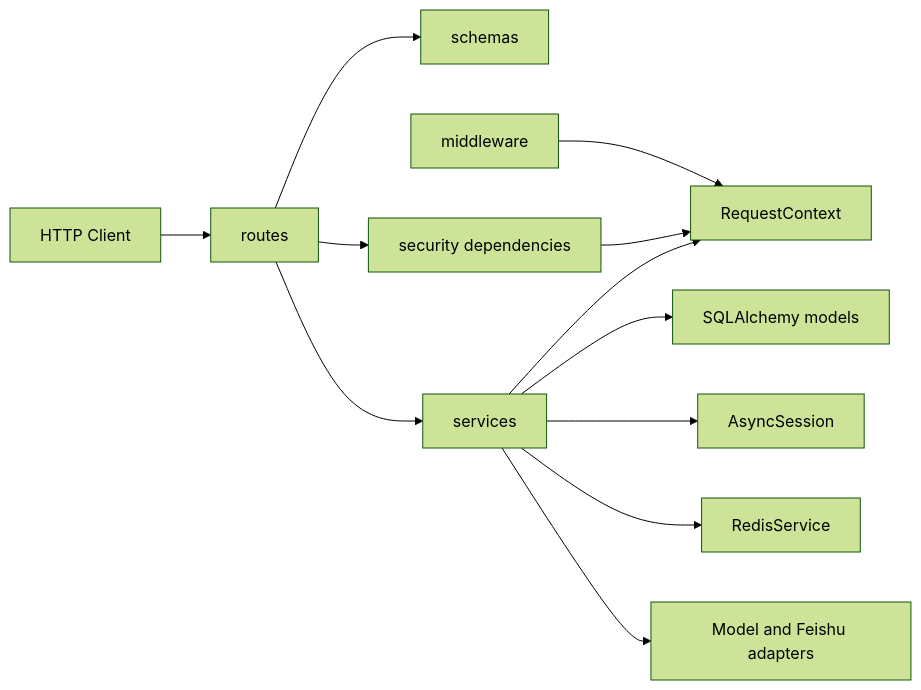
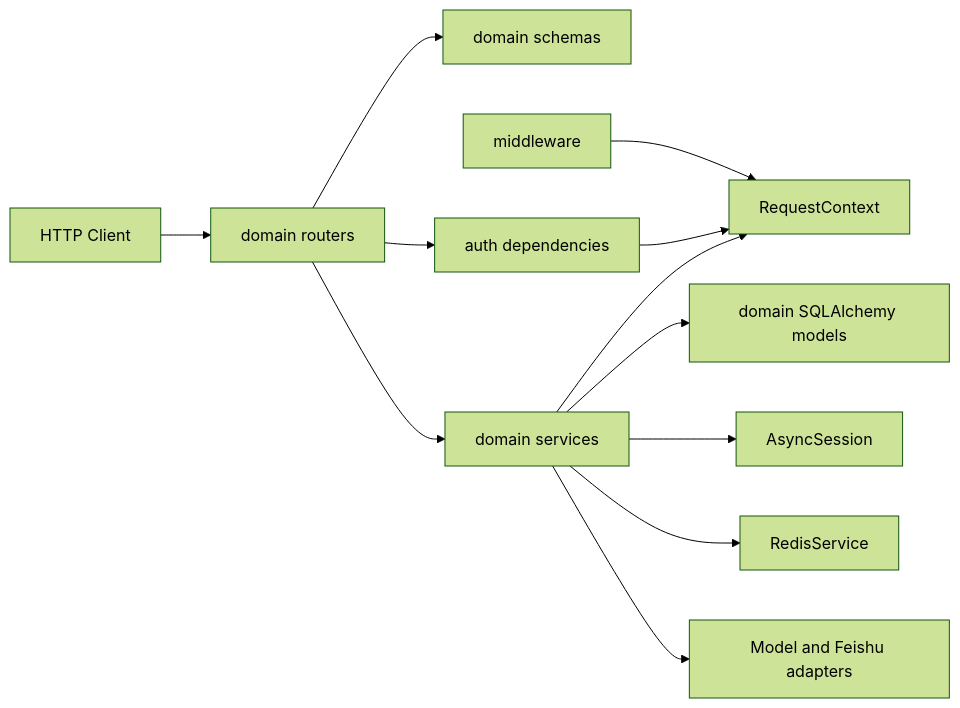
One commit to gofollowmymaster/hua-agent changed the first of 2 diagrams in apps/python-api/docs/architecture/project-architecture.md. Above: the diagram before and after it, drawn with Mermaid (forest theme). The commit also changed other lines of this file and 111 other files, not shown here.

````diff
--- a/apps/python-api/docs/architecture/project-architecture.md
+++ b/apps/python-api/docs/architecture/project-architecture.md
@@ -46,14 +40,14 @@
 ```mermaid
 flowchart LR
-  Client[HTTP Client] --> Routes[routes]
-  Routes --> Schemas[schemas]
-  Routes --> Security[security dependencies]
-  Routes --> Services[services]
-  Services --> Models[SQLAlchemy models]
+  Client[HTTP Client] --> Modules[domain routers]
+  Modules --> Schemas[domain schemas]
+  Modules --> Security[auth dependencies]
+  Modules --> Services[domain services]
+  Services --> Models[domain SQLAlchemy models]
   Services --> Database[AsyncSession]
   Services --> Redis[RedisService]
   Services --> Providers[Model and Feishu adapters]
   Middleware[middleware] --> Context[RequestContext]
   Security --> Context
   Services --> Context
 ```
````
